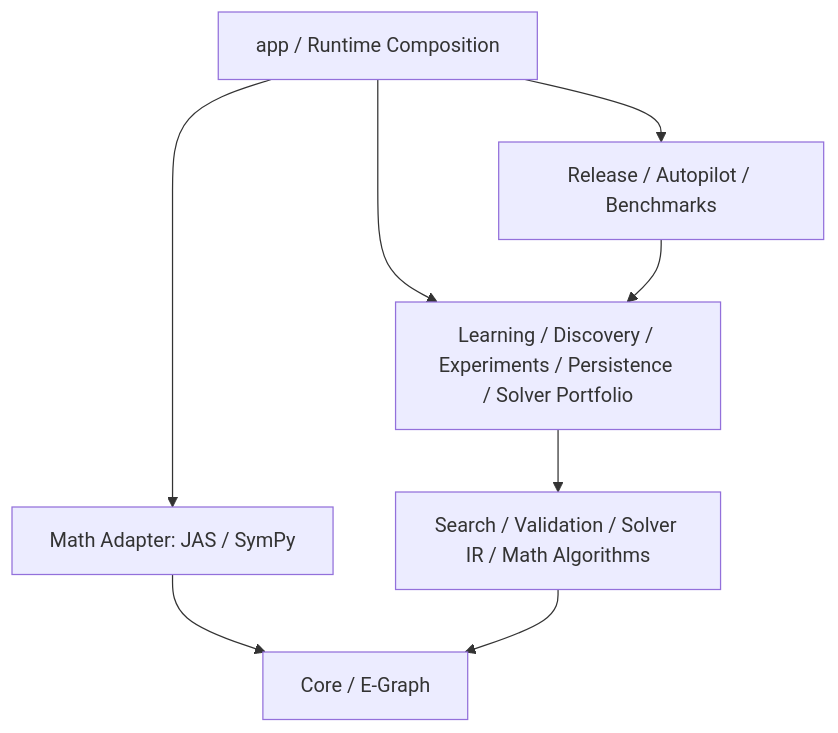
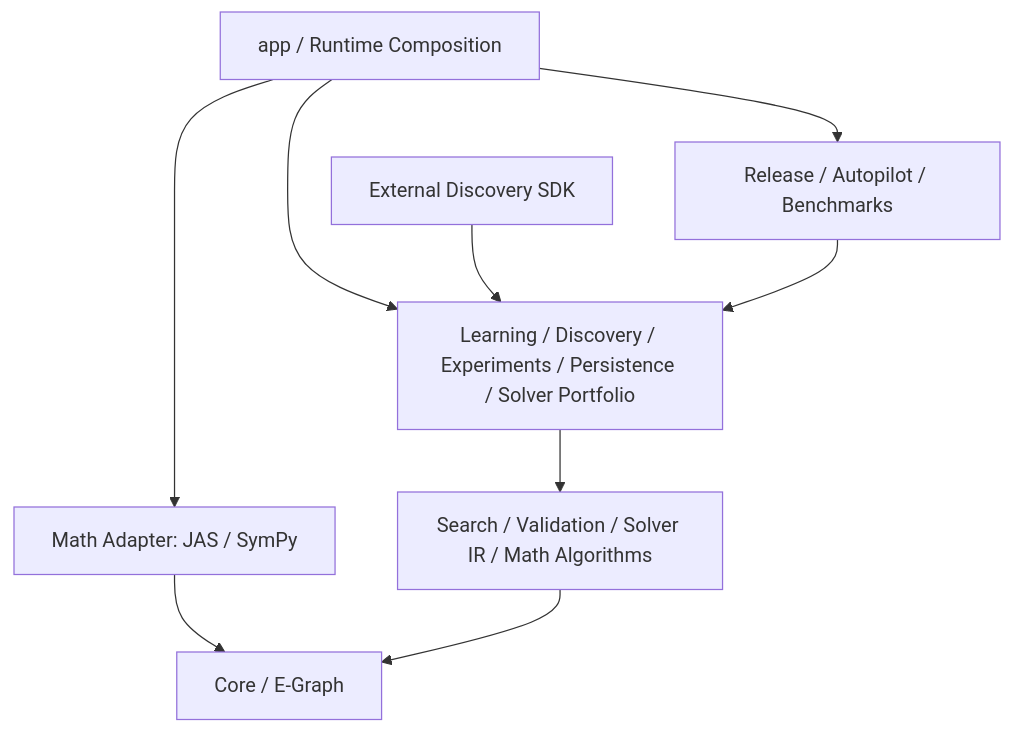
Before and after one commit to carstenartur/Regelsuche: the diagram in docs/module-structure.md, drawn with Mermaid. The commit also changed other lines of this file, not shown here.

Commit message:
Document the discovery SDK module boundary

````diff
--- a/docs/module-structure.md
+++ b/docs/module-structure.md
@@ -38,17 +39,19 @@
 ```mermaid
 flowchart TD
     app[app / Runtime Composition]
     release[Release / Autopilot / Benchmarks]
+    sdk[External Discovery SDK]
     capability[Learning / Discovery / Experiments / Persistence / Solver Portfolio]
     adapter[Math Adapter: JAS / SymPy]
     foundation[Search / Validation / Solver IR / Math Algorithms]
     core[Core / E-Graph]
 
     app --> release
     app --> capability
     app --> adapter
+    sdk --> capability
     release --> capability
     capability --> foundation
     adapter --> core
     foundation --> core
 ```
````
